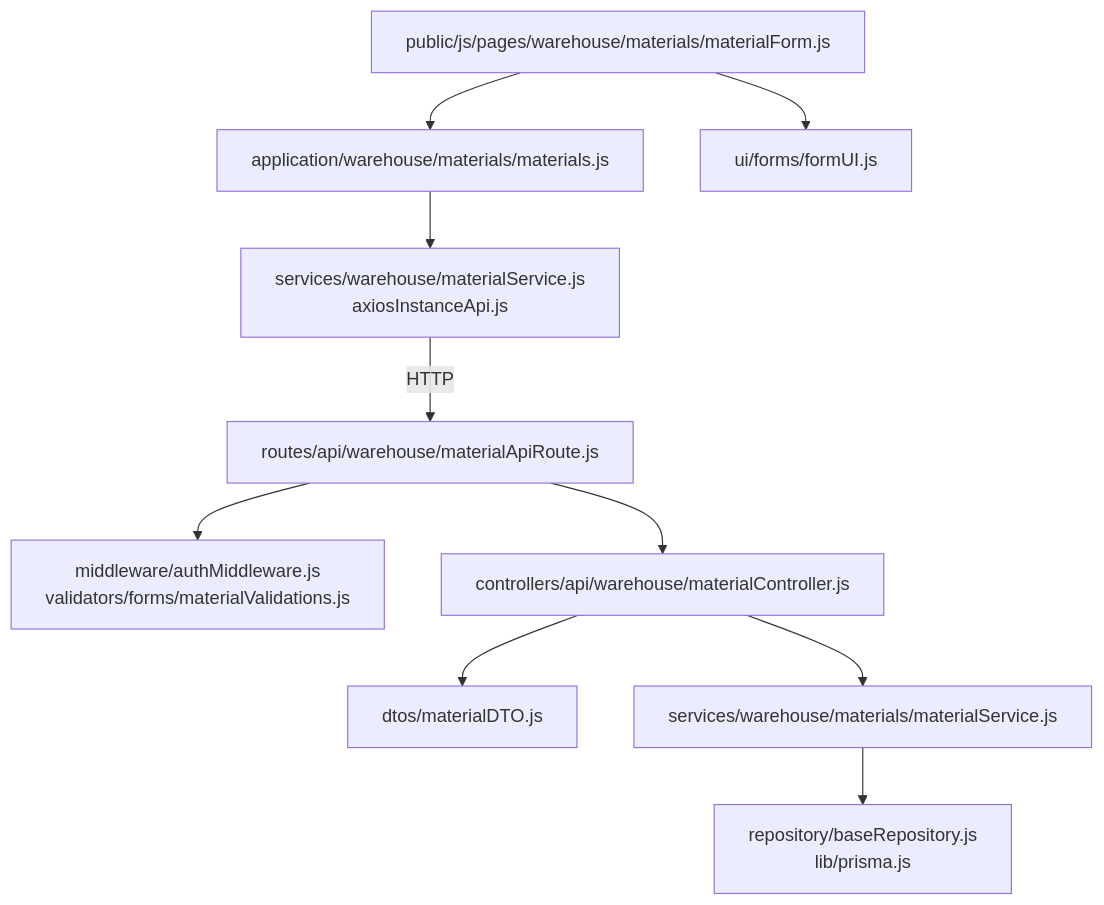
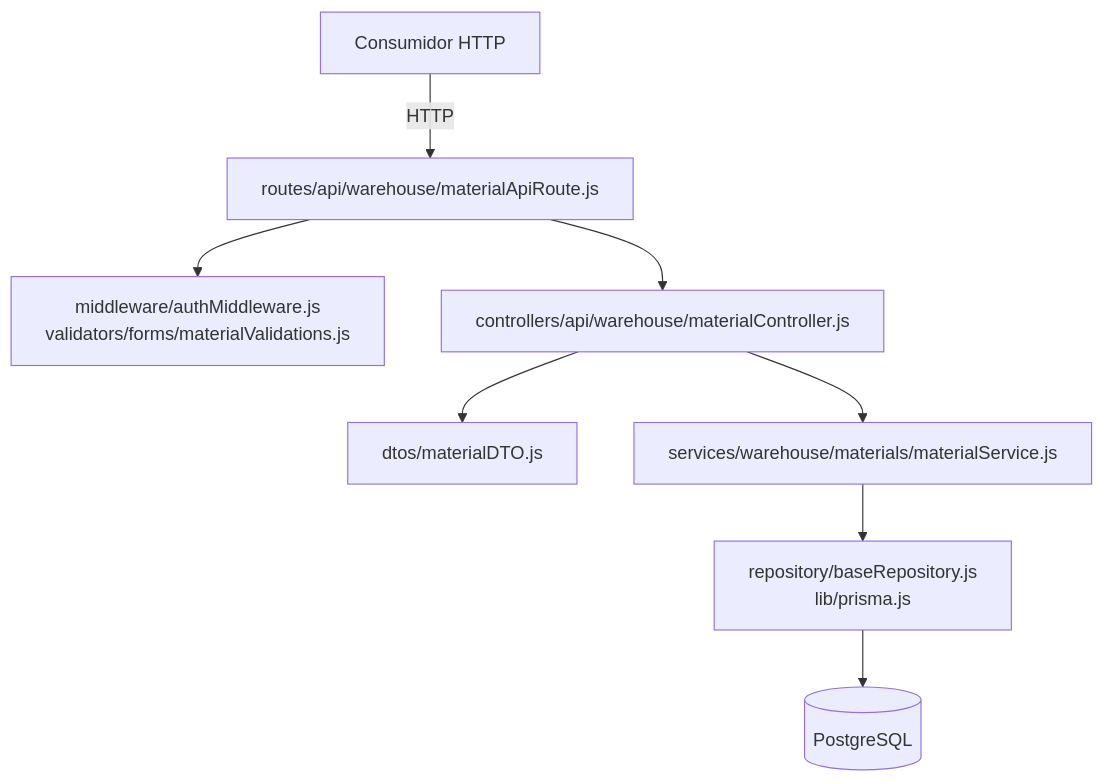
One commit to gpgsistemas01/nexus changed the first of 5 diagrams in back/docs/architecture/views/development/design-and-construction-patterns/03-patterns-in-code.md. Above: the diagram before and after it, drawn with Mermaid. The commit also changed other lines of this file and 26 other files, not shown here.

Commit message:
docs: focus backend architecture on API and align issue use cases

````diff
--- a/back/docs/architecture/views/development/design-and-construction-patterns/03-patterns-in-code.md
+++ b/back/docs/architecture/views/development/design-and-construction-patterns/03-patterns-in-code.md
@@ -21,12 +19,10 @@
 ```mermaid
 flowchart TB
+    client["Consumidor HTTP"] -->|HTTP| routes
     routes["routes/api/warehouse/materialApiRoute.js"] --> middleware["middleware/authMiddleware.js<br/>validators/forms/materialValidations.js"]
     routes --> controller["controllers/api/warehouse/materialController.js"]
     controller --> dto["dtos/materialDTO.js"]
     controller --> service["services/warehouse/materials/materialService.js"]
-    service --> db["repository/baseRepository.js<br/>lib/prisma.js"]
-    page["public/js/pages/warehouse/materials/materialForm.js"] --> application["application/warehouse/materials/materials.js"]
-    application --> requests["services/warehouse/materialService.js<br/>axiosInstanceApi.js"]
-    page --> visual["ui/forms/formUI.js"]
-    requests -->|HTTP| routes
+    service --> persistence["repository/baseRepository.js<br/>lib/prisma.js"]
+    persistence --> database[("PostgreSQL")]
 ```
````
